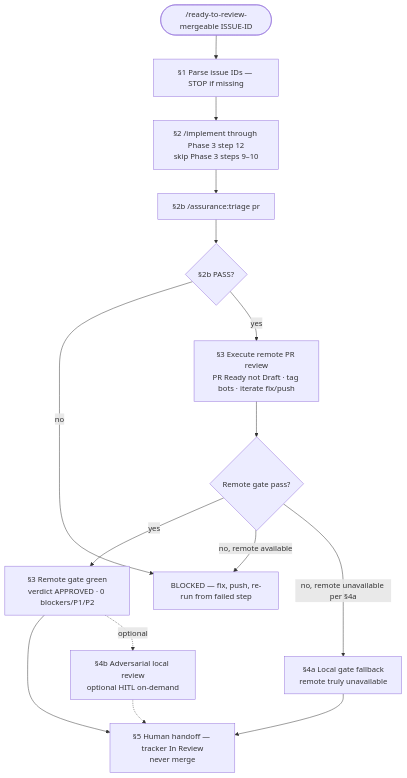
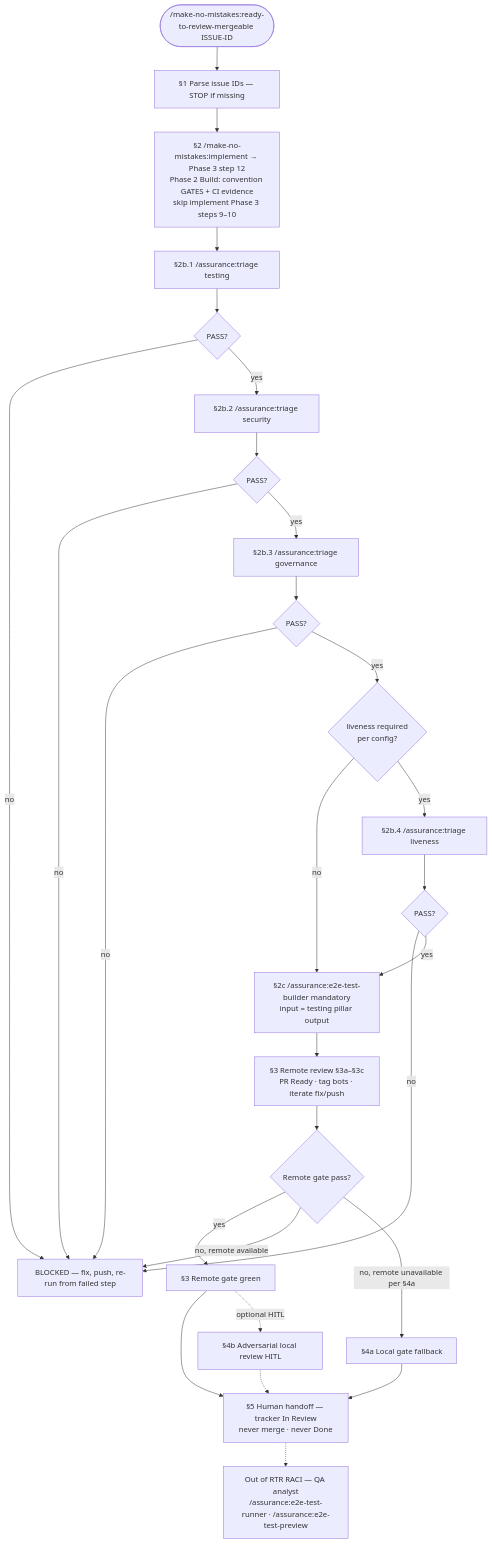
Before and after one commit to chimeranext/better-toolkits: the diagram in toolkits/make-no-mistakes-toolkit/references/ready-to-review-mergeable/protocol.md, drawn with Mermaid. The commit also changed other lines of this file and 23 other files, not shown here.

First line of the commit message:
feat(assurance): integrate stack 84-87-89 + triage/RTR SSOT (#90)

````diff
--- a/toolkits/make-no-mistakes-toolkit/references/ready-to-review-mergeable/protocol.md
+++ b/toolkits/make-no-mistakes-toolkit/references/ready-to-review-mergeable/protocol.md
@@ -51,24 +51,43 @@
 ```mermaid
 flowchart TD
-  start(["/ready-to-review-mergeable ISSUE-ID"])
+  start(["/make-no-mistakes:ready-to-review-mergeable ISSUE-ID"])
   s1["§1 Parse issue IDs — STOP if missing"]
-  s2["§2 /implement through Phase 3 step 12<br/>skip Phase 3 steps 9–10"]
-  s2b["§2b /assurance:triage pr"]
-  ass{"§2b PASS?"}
-  s3["§3 Execute remote PR review<br/>PR Ready not Draft · tag bots · iterate fix/push"]
+  s2["§2 /make-no-mistakes:implement → Phase 3 step 12<br/>Phase 2 Build: convention GATES + CI evidence<br/>skip implement Phase 3 steps 9–10"]
+  t["§2b.1 /assurance:triage testing"]
+  vt{"PASS?"}
+  sec["§2b.2 /assurance:triage security"]
+  vs{"PASS?"}
+  gov["§2b.3 /assurance:triage governance"]
+  vg{"PASS?"}
+  lreq{"liveness required<br/>per config?"}
+  liv["§2b.4 /assurance:triage liveness"]
+  vl{"PASS?"}
+  s2c["§2c /assurance:e2e-test-builder mandatory<br/>input = testing pillar output"]
+  s3["§3 Remote review §3a–§3c<br/>PR Ready · tag bots · iterate fix/push"]
   rem{"Remote gate pass?"}
-  s3ok["§3 Remote gate green<br/>verdict APPROVED · 0 blockers/P1/P2"]
-  s4["§4a Local gate fallback<br/>remote truly unavailable"]
-  s4b["§4b Adversarial local review<br/>optional HITL on-demand"]
-  s5["§5 Human handoff — tracker In Review<br/>never merge"]
+  s3ok["§3 Remote gate green"]
+  s4["§4a Local gate fallback"]
+  s4b["§4b Adversarial local review HITL"]
+  s5["§5 Human handoff — tracker In Review<br/>never merge · never Done"]
+  qa["Out of RTR RACI — QA analyst<br/>/assurance:e2e-test-runner · /assurance:e2e-test-preview"]
   blocked["BLOCKED — fix, push, re-run from failed step"]
 
-  start --> s1 --> s2 --> s2b --> ass
-  ass -->|no| blocked
-  ass -->|yes| s3 --> rem
+  start --> s1 --> s2 --> t --> vt
+  vt -->|no| blocked
+  vt -->|yes| sec --> vs
+  vs -->|no| blocked
+  vs -->|yes| gov --> vg
+  vg -->|no| blocked
+  vg -->|yes| lreq
+  lreq -->|no| s2c
+  lreq -->|yes| liv --> vl
+  vl -->|no| blocked
+  vl -->|yes| s2c
+  s2c --> s3 --> rem
   rem -->|yes| s3ok --> s5
   rem -->|no, remote available| blocked
   rem -->|no, remote unavailable per §4a| s4 --> s5
-  s3ok -.->|optional| s4b
+  s3ok -.->|optional HITL| s4b
   s4b -.-> s5
+  s5 -.-> qa
 ```
````
